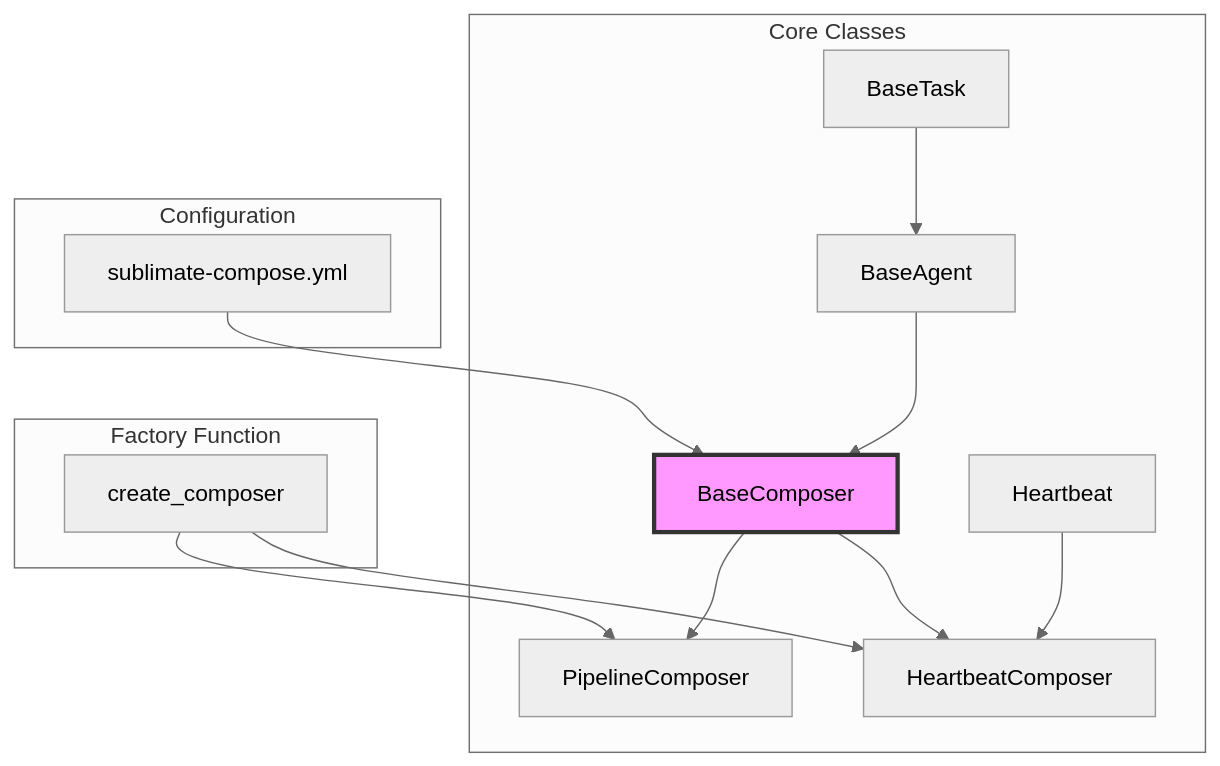
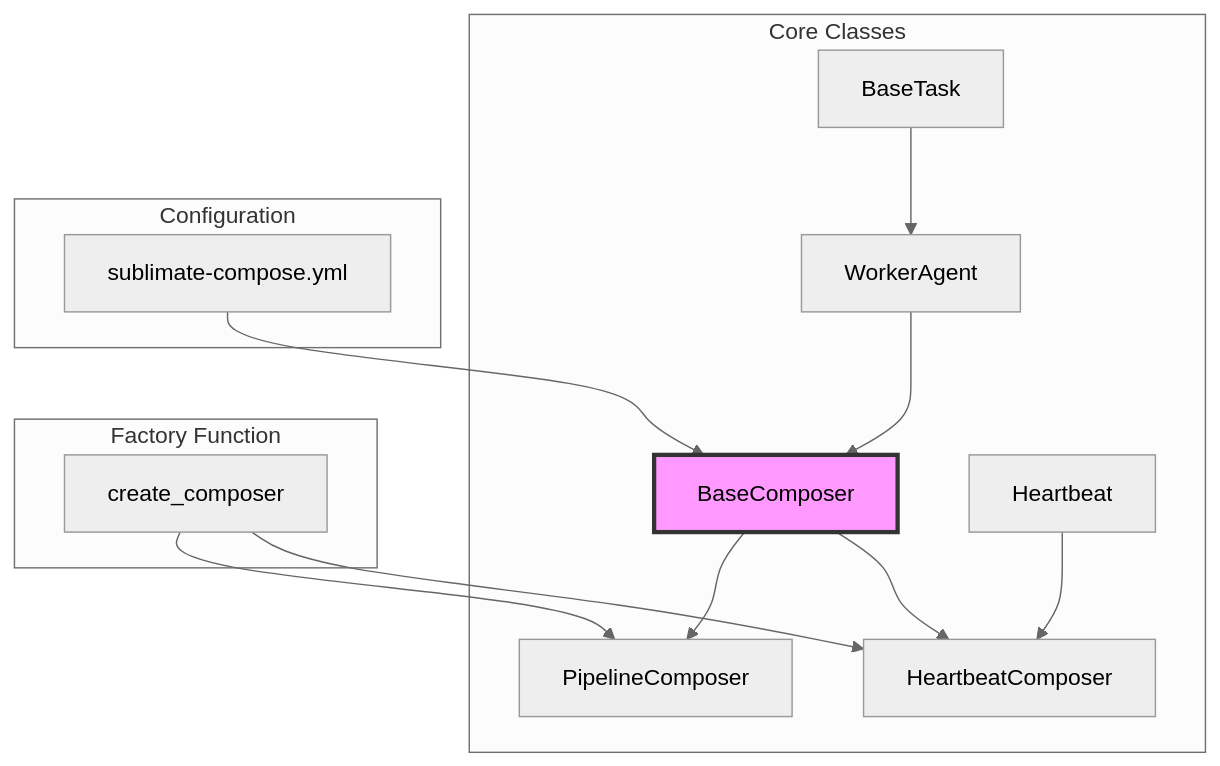
One commit to openpawks/sublimate changed the diagram in docs/composer/README.md. Above: the diagram before and after it, drawn with Mermaid (neutral theme). The commit also changed other lines of this file and 21 other files, not shown here.

Commit message:
refactor: rename BaseAgent to WorkerAgent for clarity, fix typos in services, begin to start writing repo & worktree management

````diff
--- a/docs/composer/README.md
+++ b/docs/composer/README.md
@@ -9,21 +9,21 @@
 ```mermaid
 graph TB
     subgraph "Core Classes"
-        A[BaseTask] --> B[BaseAgent]
+        A[BaseTask] --> B[WorkerAgent]
         B --> C[BaseComposer]
         C --> D[HeartbeatComposer]
         C --> E[PipelineComposer]
         F[Heartbeat] --> D
     end
 
     subgraph "Factory Function"
         G[create_composer] --> D
         G --> E
     end
 
     subgraph "Configuration"
         H[sublimate-compose.yml] --> C
     end
 
     style C fill:#f9f,stroke:#333,stroke-width:3px
 ```
````
